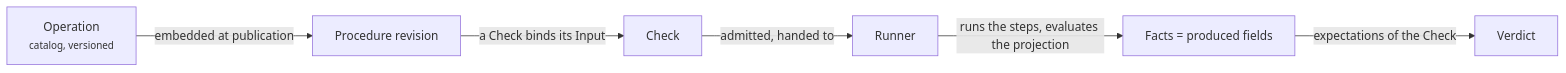
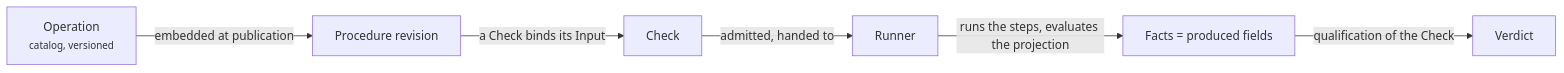
The diagram in packages/trust-ui/src/docs/content/en/operations/index.mdx (ng-galien/trust), drawn with Mermaid before and after one commit. The commit also changed other lines of this file and 153 other files, not shown here.

````diff
--- a/packages/trust-ui/src/docs/content/en/operations/index.mdx
+++ b/packages/trust-ui/src/docs/content/en/operations/index.mdx
@@ -61,8 +61,8 @@
 ```mermaid
 flowchart LR
   A["Operation<br/><small>catalog, versioned</small>"] -->|"embedded at publication"| P["Procedure revision"]
   P -->|"a Check binds its Input"| C["Check"]
   C -->|"admitted, handed to"| R["Runner"]
   R -->|"runs the steps, evaluates the projection"| F["Facts = produced fields"]
-  F -->|"expectations of the Check"| V["Verdict"]
+  F -->|"qualification of the Check"| V["Verdict"]
 ```
````
